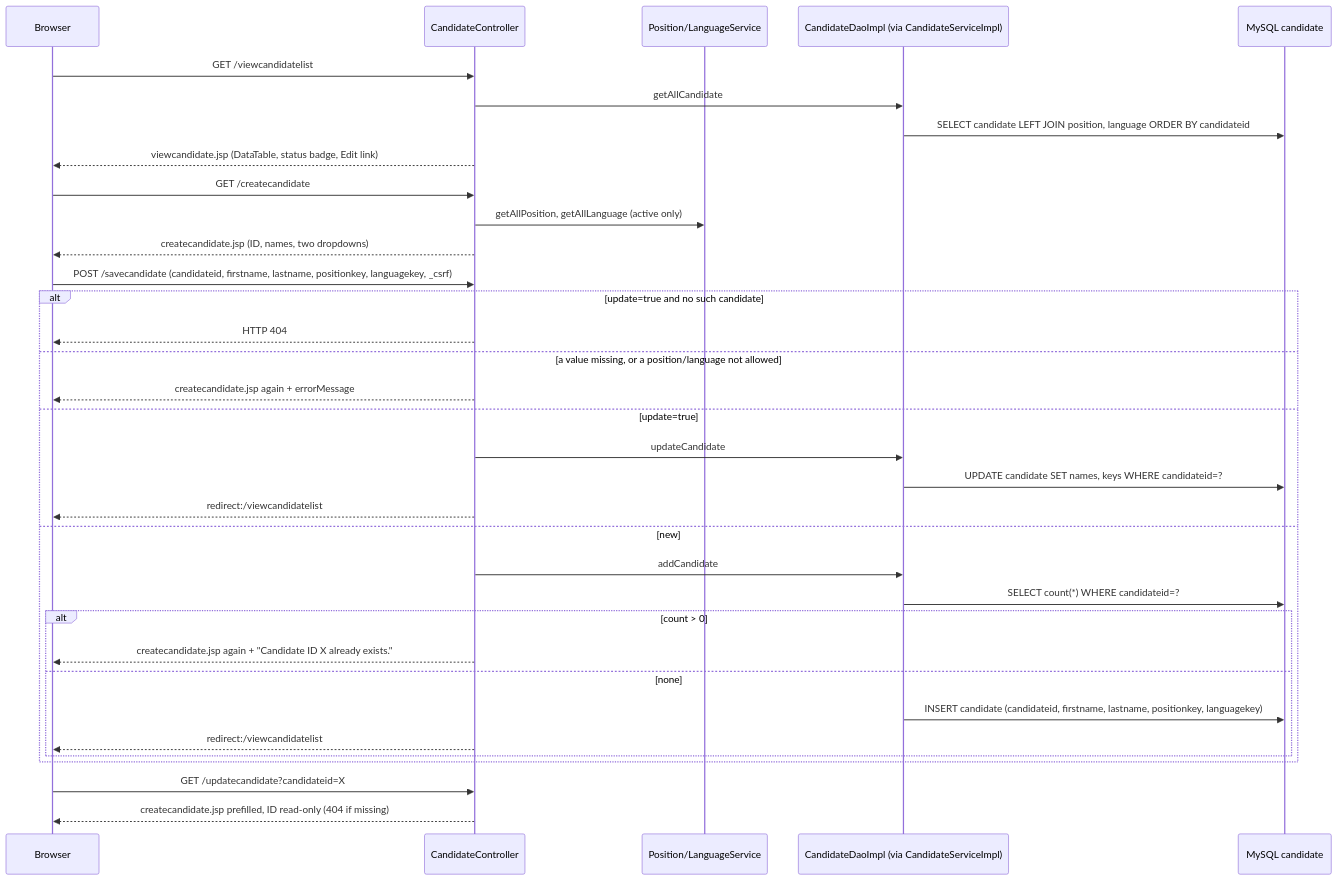
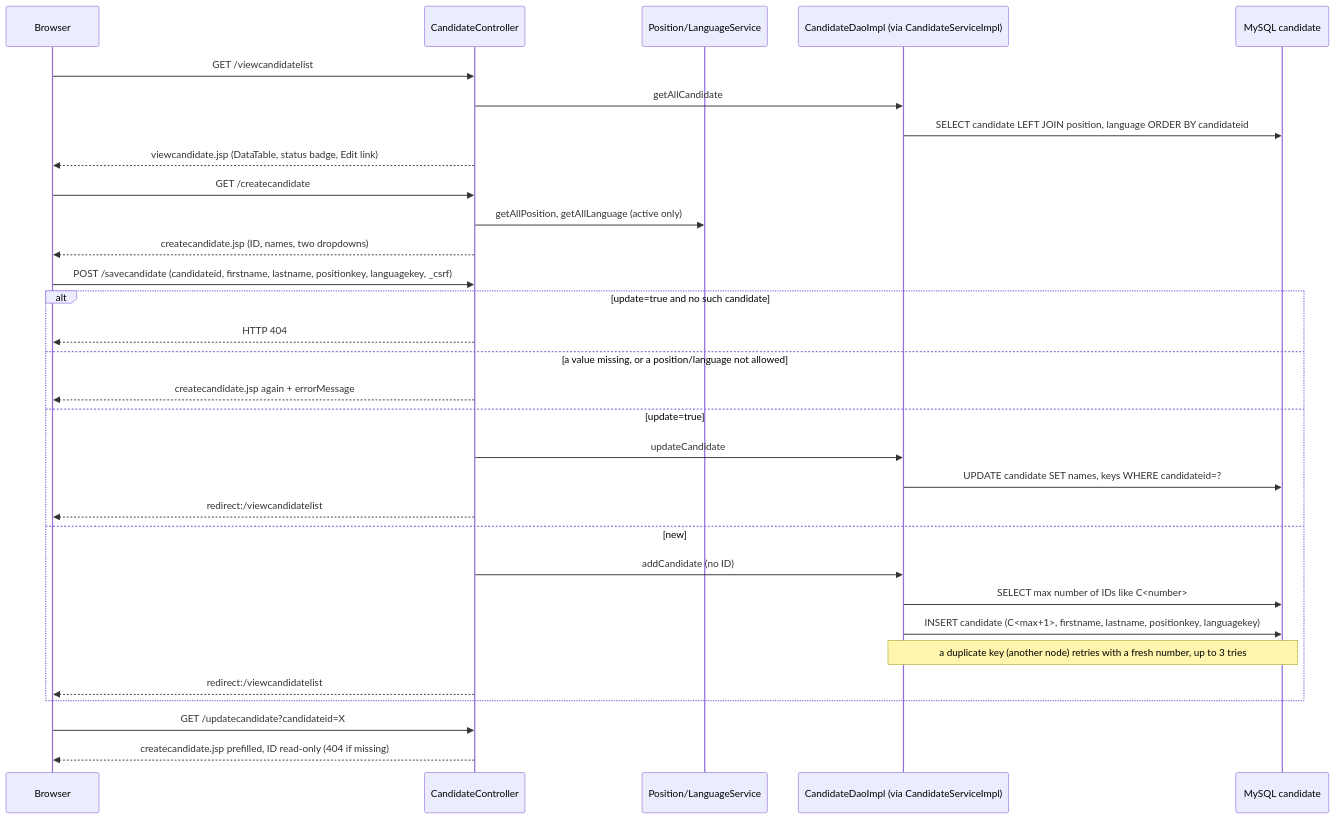
Before and after one commit to rafitsabbir/RMS: the diagram in docs/business-flows/candidates.md, drawn with Mermaid. The commit also changed other lines of this file and 16 other files, not shown here.

First line of the commit message:
G1: generate candidate IDs (C1, C2, ...)

````diff
--- a/docs/business-flows/candidates.md
+++ b/docs/business-flows/candidates.md
@@ -9,36 +9,33 @@
 ```mermaid
 sequenceDiagram
   participant B as Browser
   participant C as CandidateController
   participant P as Position/LanguageService
   participant D as CandidateDaoImpl (via CandidateServiceImpl)
   participant DB as MySQL candidate
   B->>C: GET /viewcandidatelist
   C->>D: getAllCandidate
   D->>DB: SELECT candidate LEFT JOIN position, language ORDER BY candidateid
   C-->>B: viewcandidate.jsp (DataTable, status badge, Edit link)
   B->>C: GET /createcandidate
   C->>P: getAllPosition, getAllLanguage (active only)
   C-->>B: createcandidate.jsp (ID, names, two dropdowns)
   B->>C: POST /savecandidate (candidateid, firstname, lastname, positionkey, languagekey, _csrf)
   alt update=true and no such candidate
     C-->>B: HTTP 404
   else a value missing, or a position/language not allowed
     C-->>B: createcandidate.jsp again + errorMessage
   else update=true
     C->>D: updateCandidate
     D->>DB: UPDATE candidate SET names, keys WHERE candidateid=?
     C-->>B: redirect:/viewcandidatelist
   else new
-    C->>D: addCandidate
-    D->>DB: SELECT count(*) WHERE candidateid=?
-    alt count > 0
-      C-->>B: createcandidate.jsp again + "Candidate ID X already exists."
-    else none
-      D->>DB: INSERT candidate (candidateid, firstname, lastname, positionkey, languagekey)
-      C-->>B: redirect:/viewcandidatelist
-    end
+    C->>D: addCandidate (no ID)
+    D->>DB: SELECT max number of IDs like C<number>
+    D->>DB: INSERT candidate (C<max+1>, firstname, lastname, positionkey, languagekey)
+    Note over D,DB: a duplicate key (another node) retries with a fresh number, up to 3 tries
+    C-->>B: redirect:/viewcandidatelist
   end
   B->>C: GET /updatecandidate?candidateid=X
   C-->>B: createcandidate.jsp prefilled, ID read-only (404 if missing)
 ```
````
